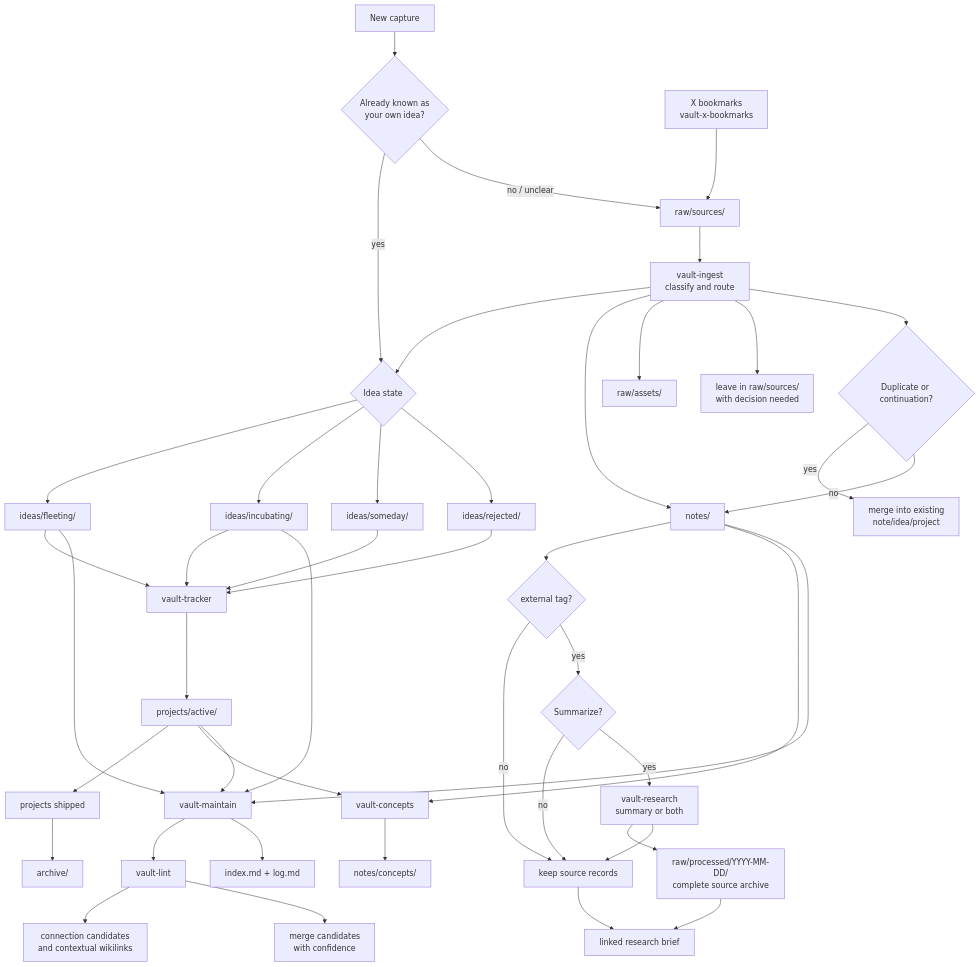
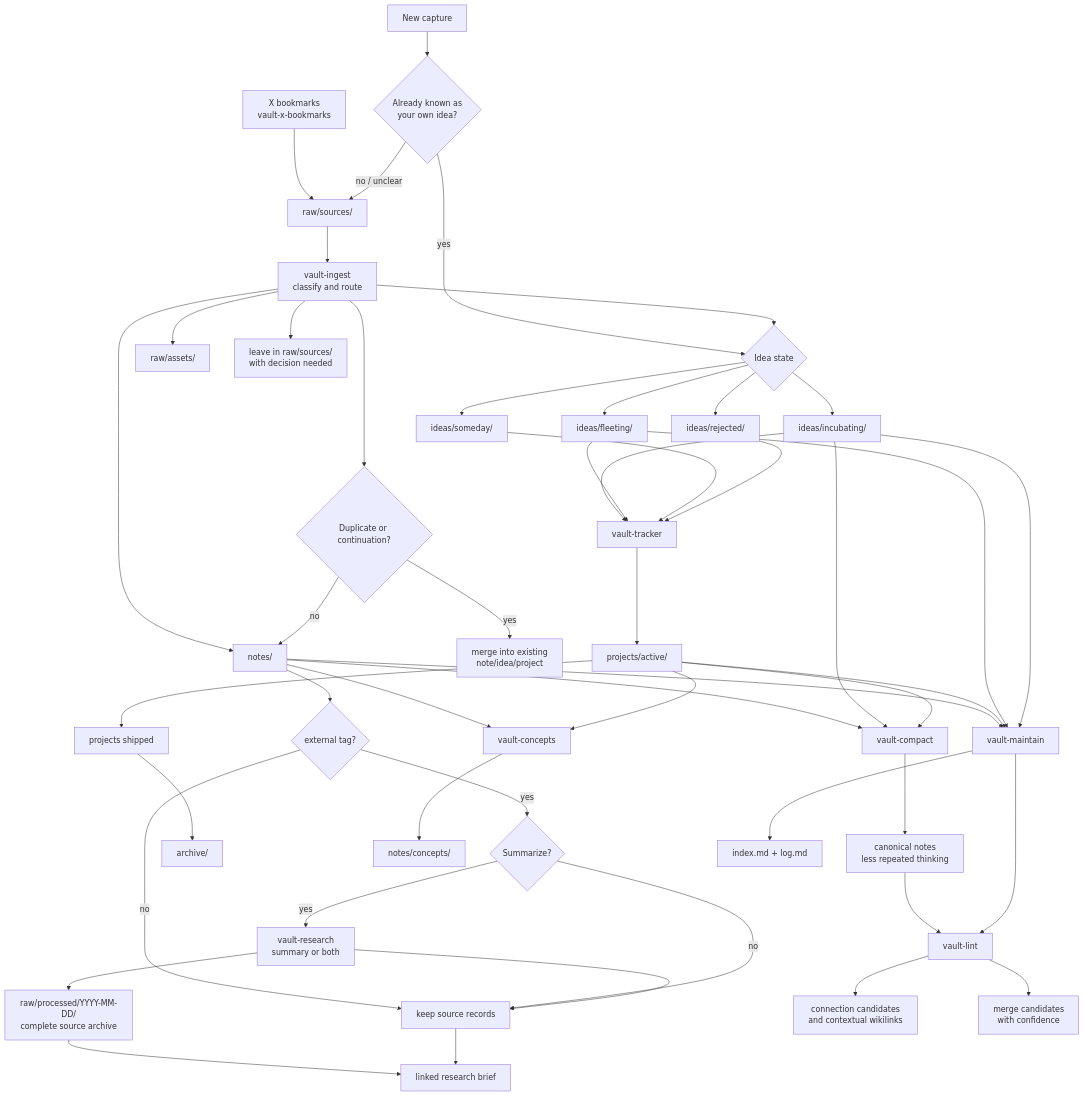
One commit to markphelps/agent-plugins changed the diagram in vault/README.md. Above: the diagram before and after it, drawn with Mermaid. The commit also changed other lines of this file and 7 other files, not shown here.

Commit message:
Add vault compact skill

````diff
--- a/vault/README.md
+++ b/vault/README.md
@@ -32,53 +38,59 @@
 ```mermaid
 flowchart TD
   Capture[New capture] --> KnownIdea{Already known as<br/>your own idea?}
   XBookmarks[X bookmarks<br/>vault-x-bookmarks] --> Raw
 
   KnownIdea -->|yes| IdeaState{Idea state}
   IdeaState --> Fleeting[ideas/fleeting/]
   IdeaState --> Incubating[ideas/incubating/]
   IdeaState --> Someday[ideas/someday/]
   IdeaState --> Rejected[ideas/rejected/]
 
   KnownIdea -->|no / unclear| Raw[raw/sources/]
   Raw --> Ingest[vault-ingest<br/>classify and route]
 
   Ingest --> IdeaState
   Ingest --> Notes[notes/]
   Ingest --> Assets[raw/assets/]
   Ingest --> Ambiguous[leave in raw/sources/<br/>with decision needed]
   Ingest --> Merge{Duplicate or continuation?}
   Merge -->|yes| Existing[merge into existing<br/>note/idea/project]
   Merge -->|no| Notes
 
   Notes --> ExternalTag{external tag?}
   ExternalTag -->|no| SourceRecords[keep source records]
   ExternalTag -->|yes| Research{Summarize?}
   Research -->|no| SourceRecords
   Research -->|yes| ResearchSkill[vault-research<br/>summary or both]
   ResearchSkill --> Processed[raw/processed/YYYY-MM-DD/<br/>complete source archive]
   ResearchSkill --> SourceRecords
   Processed --> Brief[linked research brief]
   SourceRecords --> Brief
 
   Incubating --> Tracker[vault-tracker]
   Fleeting --> Tracker
   Someday --> Tracker
   Rejected --> Tracker
   Tracker --> Active[projects/active/]
   Active --> Shipped[projects shipped]
   Shipped --> Archive[archive/]
 
   Notes --> Concepts[vault-concepts]
   Active --> Concepts
   Concepts --> ConceptPages[notes/concepts/]
 
+  Notes --> Compact[vault-compact]
+  Incubating --> Compact
+  Active --> Compact
+  Compact --> Canonical[canonical notes<br/>less repeated thinking]
+  Canonical --> Lint
+
   Notes --> Maintain[vault-maintain]
   Active --> Maintain
   Fleeting --> Maintain
   Incubating --> Maintain
   Maintain --> Lint[vault-lint]
   Lint --> GraphLinks[connection candidates<br/>and contextual wikilinks]
   Lint --> MergePlan[merge candidates<br/>with confidence]
   Maintain --> IndexLog[index.md + log.md]
 ```
````
